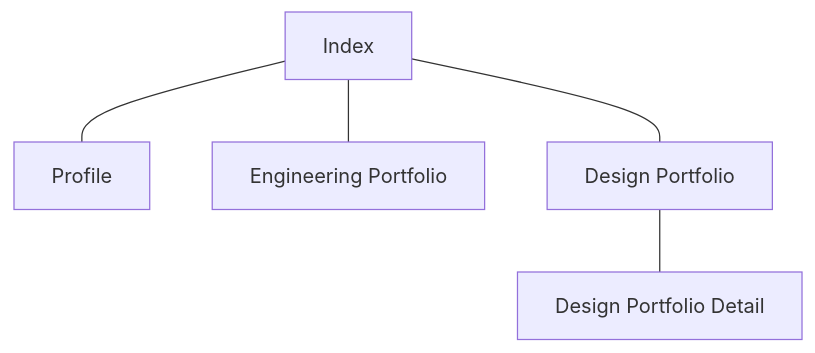
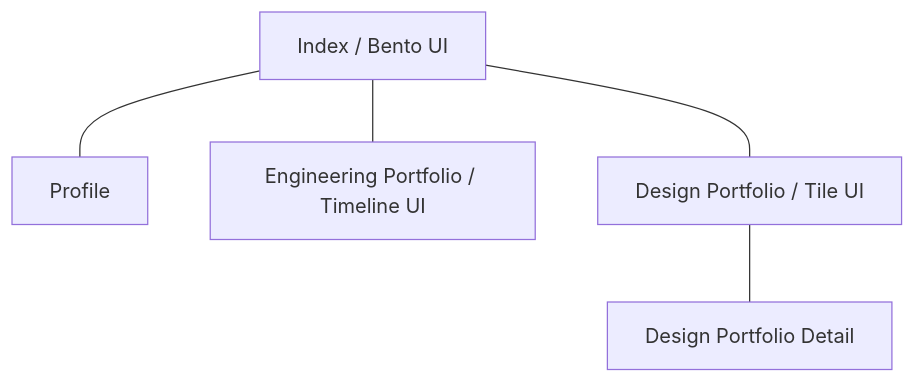
Before and after one commit to Oxmilch/portfolio: the diagram in README.md, drawn with Mermaid. The commit also changed other lines of this file, not shown here.

````diff
--- a/README.md
+++ b/README.md
@@ -38,8 +38,8 @@
 ```mermaid
 graph TD
-    A[Index] --- B[Profile]
-    A --- C[Engineering Portfolio]
-    A --- D[Design Portfolio]
+    A[Index / Bento UI] --- B[Profile]
+    A --- C[Engineering Portfolio / Timeline UI]
+    A --- D[Design Portfolio / Tile UI]
 
     D --- E[Design Portfolio Detail]
 ```
````
